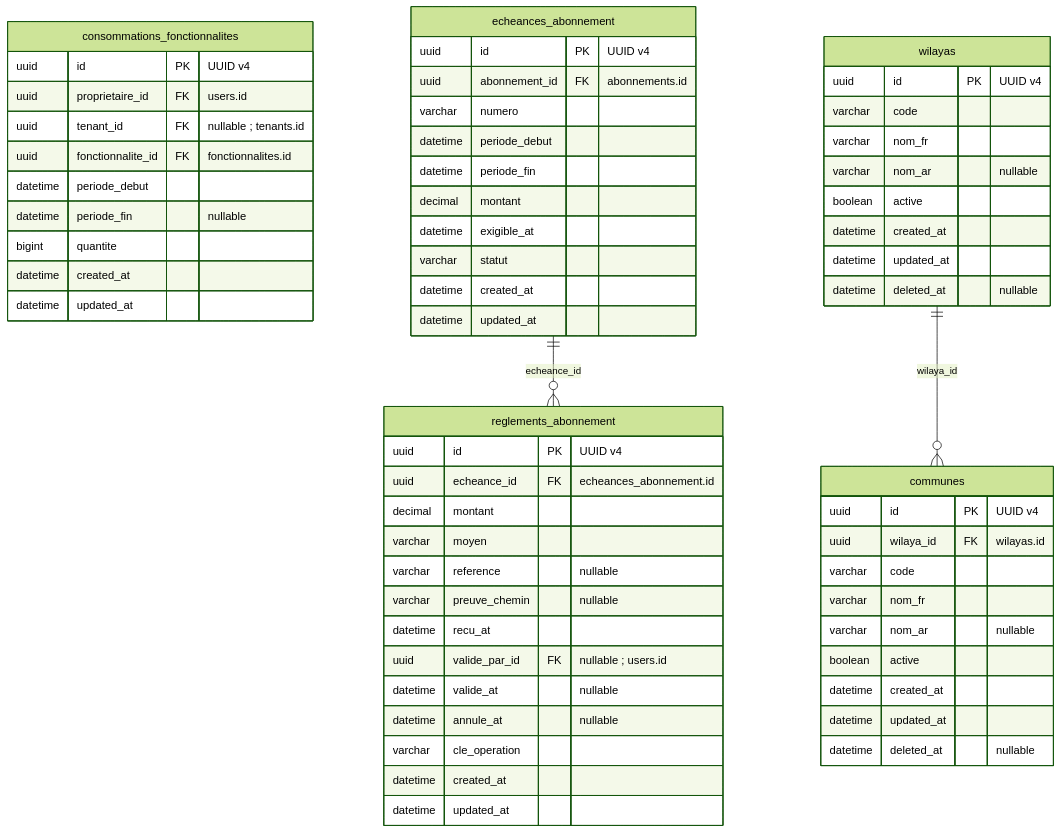
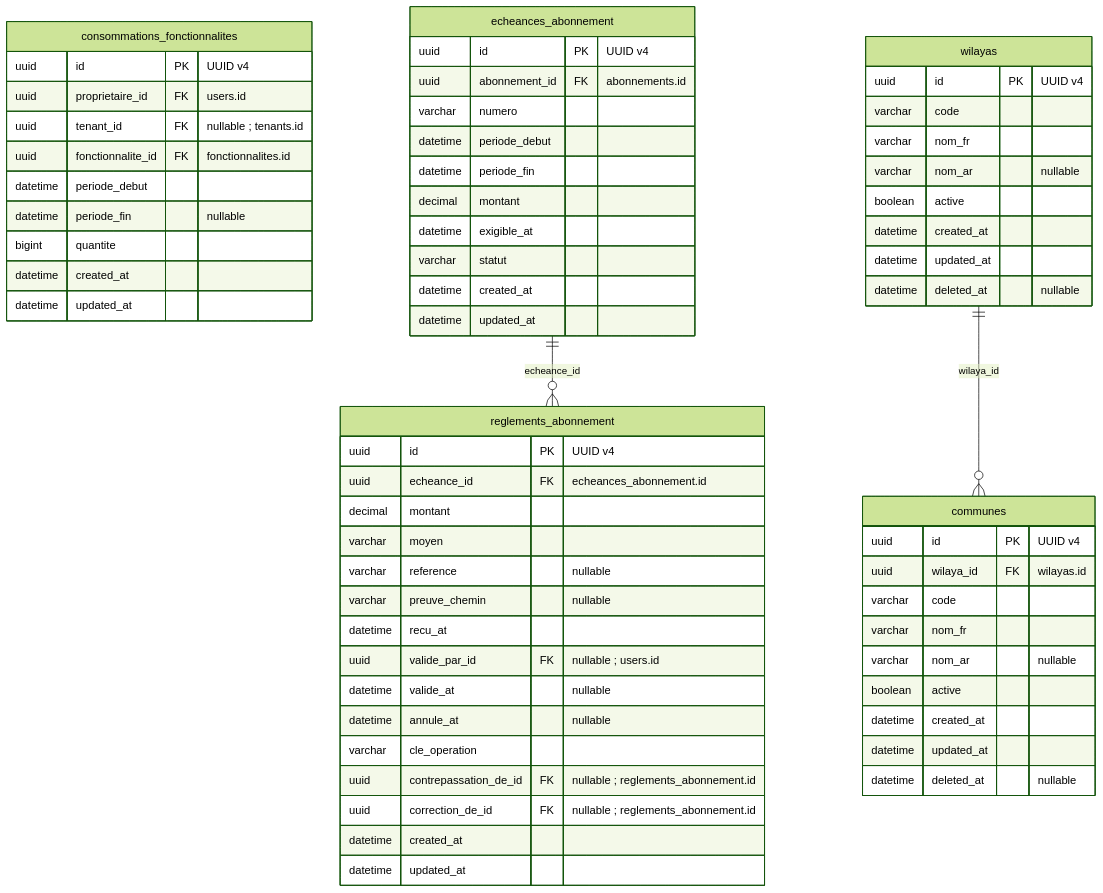
One commit to unitealfa/saas-ecom changed the fifth of 26 diagrams in Schema-BDD-SaaS-Ecommerce-UUID.md. Above: the diagram before and after it, drawn with Mermaid (forest theme). The commit also changed other lines of this file, not shown here.

````diff
--- a/Schema-BDD-SaaS-Ecommerce-UUID.md
+++ b/Schema-BDD-SaaS-Ecommerce-UUID.md
@@ -401,65 +421,67 @@
 ```mermaid
 erDiagram
     direction TB
     consommations_fonctionnalites {
         uuid id PK "UUID v4"
         uuid proprietaire_id FK "users.id"
         uuid tenant_id FK "nullable ; tenants.id"
         uuid fonctionnalite_id FK "fonctionnalites.id"
         datetime periode_debut
         datetime periode_fin "nullable"
         bigint quantite
         datetime created_at
         datetime updated_at
     }
     echeances_abonnement {
         uuid id PK "UUID v4"
         uuid abonnement_id FK "abonnements.id"
         varchar numero
         datetime periode_debut
         datetime periode_fin
         decimal montant
         datetime exigible_at
         varchar statut
         datetime created_at
         datetime updated_at
     }
     reglements_abonnement {
         uuid id PK "UUID v4"
         uuid echeance_id FK "echeances_abonnement.id"
         decimal montant
         varchar moyen
         varchar reference "nullable"
         varchar preuve_chemin "nullable"
         datetime recu_at
         uuid valide_par_id FK "nullable ; users.id"
         datetime valide_at "nullable"
         datetime annule_at "nullable"
         varchar cle_operation
+        uuid contrepassation_de_id FK "nullable ; reglements_abonnement.id"
+        uuid correction_de_id FK "nullable ; reglements_abonnement.id"
         datetime created_at
         datetime updated_at
     }
     wilayas {
         uuid id PK "UUID v4"
         varchar code
         varchar nom_fr
         varchar nom_ar "nullable"
         boolean active
         datetime created_at
         datetime updated_at
         datetime deleted_at "nullable"
     }
     communes {
         uuid id PK "UUID v4"
         uuid wilaya_id FK "wilayas.id"
         varchar code
         varchar nom_fr
         varchar nom_ar "nullable"
         boolean active
         datetime created_at
         datetime updated_at
         datetime deleted_at "nullable"
     }
     echeances_abonnement ||--o{ reglements_abonnement : echeance_id
     wilayas ||--o{ communes : wilaya_id
 ```
````
